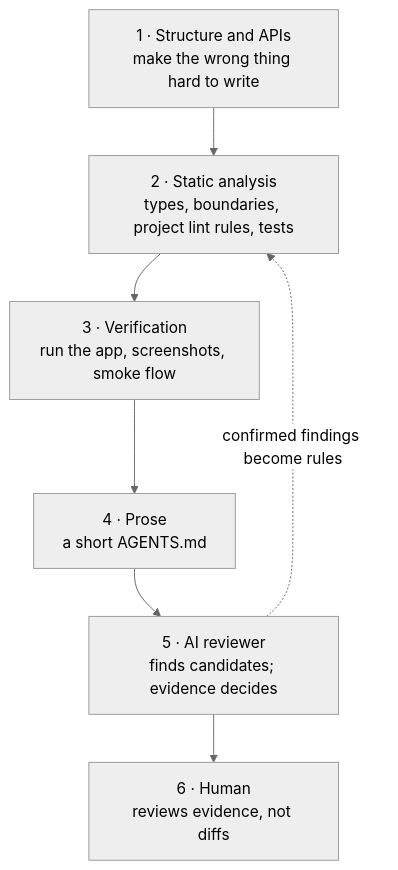
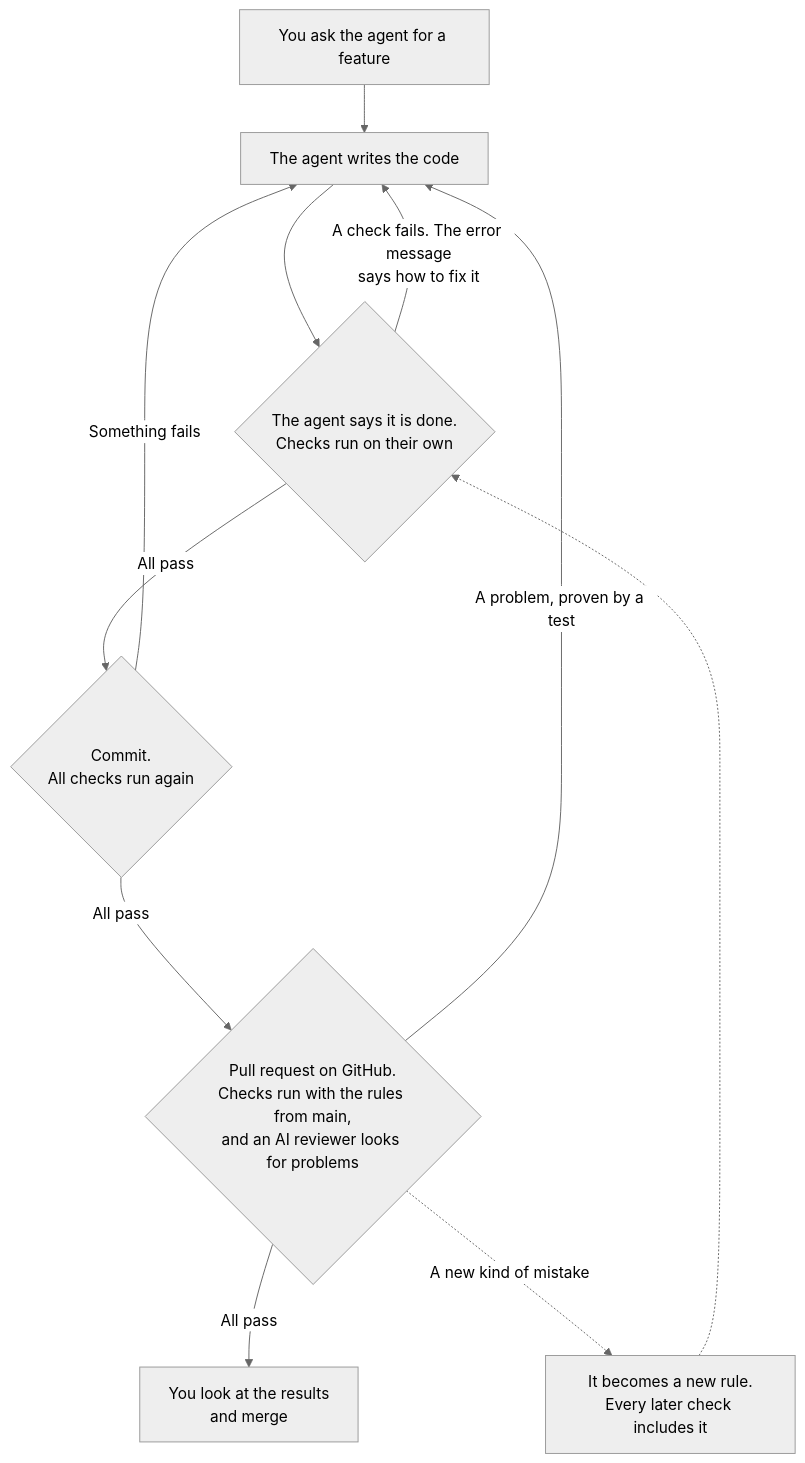
The diagram in README.md (Tim-rppl/trust-pyramid), drawn with Mermaid (neutral theme) before and after one commit. The commit also changed other lines of this file and 1 other file, not shown here.

Commit message:
README: replace the layer diagram with the path of one change
The six-layer diagram assumed the reader knew the method. The new
diagram (en, zh) follows a change from request to merge in plain words,
and the gate table says when each check runs.

````diff
--- a/README.md
+++ b/README.md
@@ -117,9 +119,13 @@
 ```mermaid
-flowchart TB
-    A["1 · Structure and APIs<br/>make the wrong thing hard to write"] --> B["2 · Static analysis<br/>types, boundaries, project lint rules, tests"]
-    B --> C["3 · Verification<br/>run the app, screenshots, smoke flow"]
-    C --> D["4 · Prose<br/>a short AGENTS.md"]
-    D --> E["5 · AI reviewer<br/>finds candidates; evidence decides"]
-    E --> F["6 · Human<br/>reviews evidence, not diffs"]
-    E -. "confirmed findings become rules" .-> B
+flowchart TD
+    A["You ask the agent for a feature"] --> B["The agent writes the code"]
+    B --> C{"The agent says it is done.<br/>Checks run on their own"}
+    C -- "A check fails. The error message<br/>says how to fix it" --> B
+    C -- "All pass" --> D{"Commit.<br/>All checks run again"}
+    D -- "Something fails" --> B
+    D -- "All pass" --> E{"Pull request on GitHub.<br/>Checks run with the rules from main,<br/>and an AI reviewer looks for problems"}
+    E -- "A problem, proven by a test" --> B
+    E -- "All pass" --> F["You look at the results<br/>and merge"]
+    E -. "A new kind of mistake" .-> G["It becomes a new rule.<br/>Every later check includes it"]
+    G -.-> C
 ```
````
